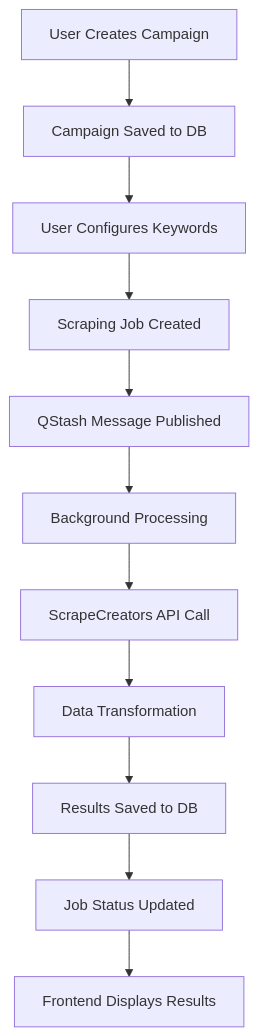
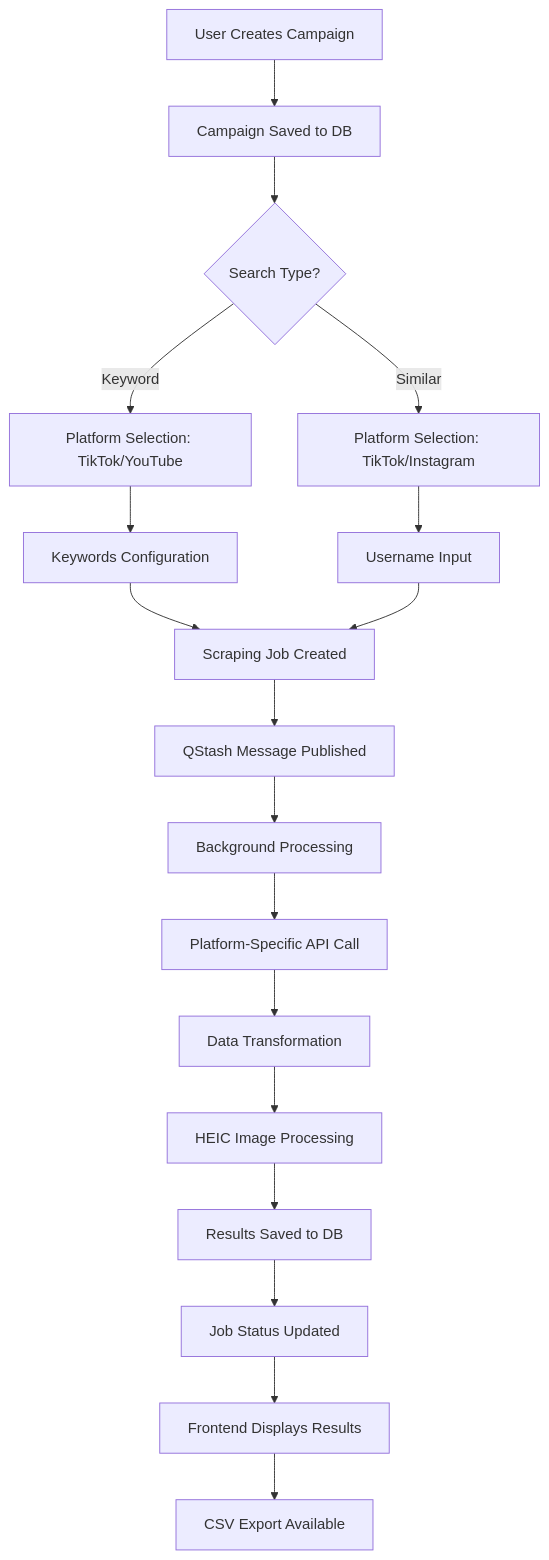
The diagram in CLAUDE.md (Sanchay-T/influencer-platform-app), drawn with Mermaid before and after one commit. The commit also changed other lines of this file, not shown here.

````diff
--- a/CLAUDE.md
+++ b/CLAUDE.md
@@ -8,13 +8,20 @@
 ```mermaid
 graph TD
     A[User Creates Campaign] --> B[Campaign Saved to DB]
-    B --> C[User Configures Keywords]
-    C --> D[Scraping Job Created]
-    D --> E[QStash Message Published]
-    E --> F[Background Processing]
-    F --> G[ScrapeCreators API Call]
-    G --> H[Data Transformation]
-    H --> I[Results Saved to DB]
-    I --> J[Job Status Updated]
-    J --> K[Frontend Displays Results]
+    B --> C{Search Type?}
+    C -->|Keyword| D[Platform Selection: TikTok/YouTube]
+    C -->|Similar| E[Platform Selection: TikTok/Instagram]
+    D --> F[Keywords Configuration]
+    E --> G[Username Input]
+    F --> H[Scraping Job Created]
+    G --> H
+    H --> I[QStash Message Published]
+    I --> J[Background Processing]
+    J --> K[Platform-Specific API Call]
+    K --> L[Data Transformation]
+    L --> M[HEIC Image Processing]
+    M --> N[Results Saved to DB]
+    N --> O[Job Status Updated]
+    O --> P[Frontend Displays Results]
+    P --> Q[CSV Export Available]
 ```
````
